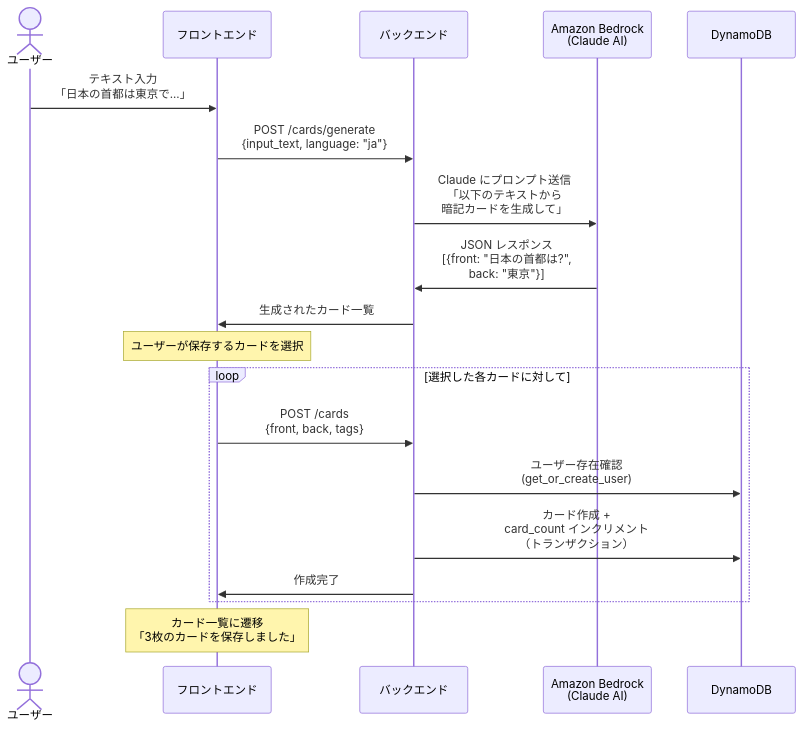
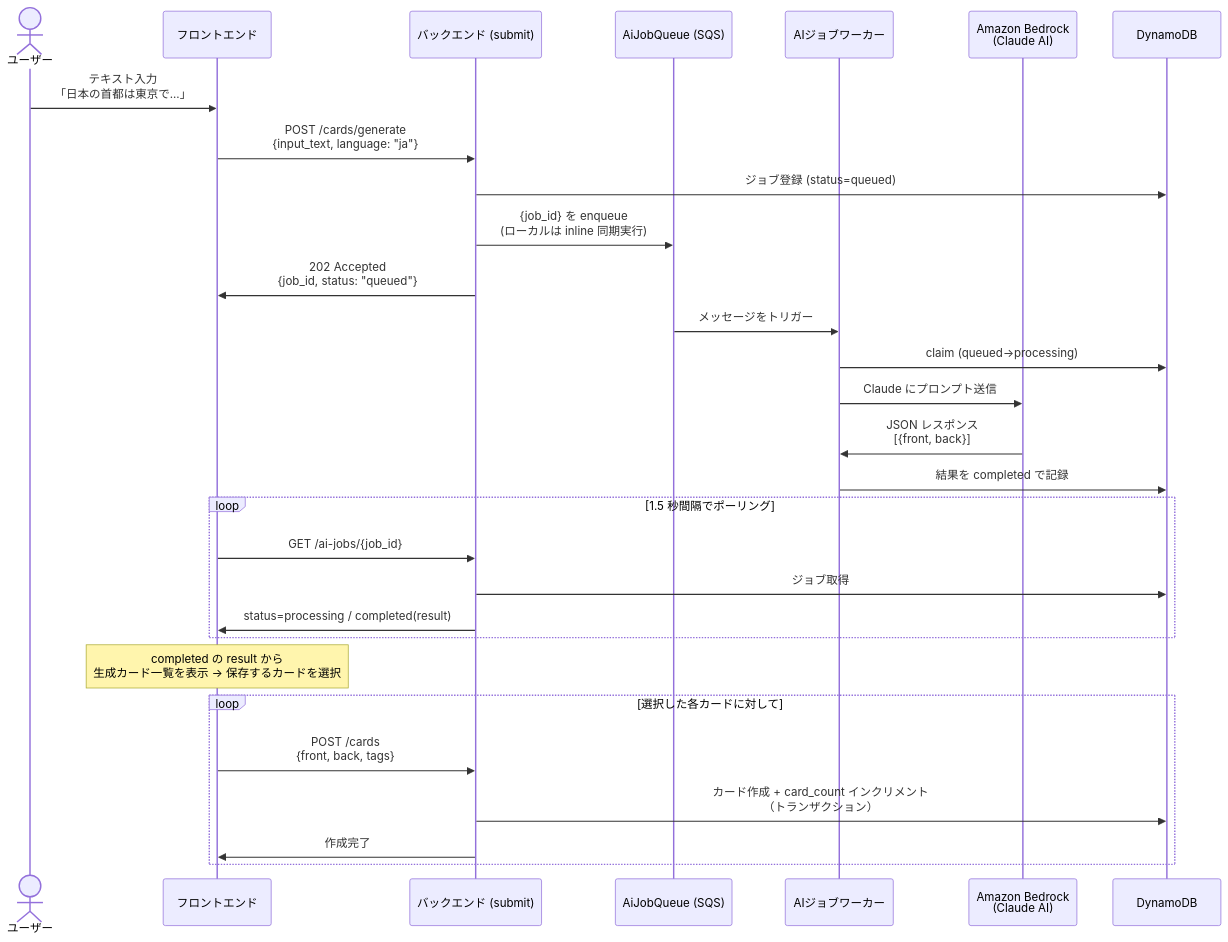
The fifth of 11 diagrams in docs/system-overview.md (mozuq-lab/memoru-liff), drawn with Mermaid before and after one commit. The commit also changed other lines of this file and 5 other files, not shown here.

````diff
--- a/docs/system-overview.md
+++ b/docs/system-overview.md
@@ -213,27 +219,36 @@
 ```mermaid
 sequenceDiagram
     actor User as ユーザー
     participant FE as フロントエンド
-    participant API as バックエンド
+    participant API as バックエンド (submit)
+    participant Queue as AiJobQueue (SQS)
+    participant Worker as AIジョブワーカー
     participant Bedrock as Amazon Bedrock<br/>(Claude AI)
     participant DB as DynamoDB
 
     User->>FE: テキスト入力<br/>「日本の首都は東京で...」
     FE->>API: POST /cards/generate<br/>{input_text, language: "ja"}
+    API->>DB: ジョブ登録 (status=queued)
+    API->>Queue: {job_id} を enqueue<br/>(ローカルは inline 同期実行)
+    API->>FE: 202 Accepted<br/>{job_id, status: "queued"}
 
-    API->>Bedrock: Claude にプロンプト送信<br/>「以下のテキストから<br/>暗記カードを生成して」
-    Bedrock->>API: JSON レスポンス<br/>[{front: "日本の首都は?",<br/>  back: "東京"}]
+    Queue->>Worker: メッセージをトリガー
+    Worker->>DB: claim (queued→processing)
+    Worker->>Bedrock: Claude にプロンプト送信
+    Bedrock->>Worker: JSON レスポンス<br/>[{front, back}]
+    Worker->>DB: 結果を completed で記録
 
-    API->>FE: 生成されたカード一覧
+    loop 1.5 秒間隔でポーリング
+        FE->>API: GET /ai-jobs/{job_id}
+        API->>DB: ジョブ取得
+        API->>FE: status=processing / completed(result)
+    end
 
-    Note over FE: ユーザーが保存するカードを選択
+    Note over FE: completed の result から<br/>生成カード一覧を表示 → 保存するカードを選択
 
     loop 選択した各カードに対して
         FE->>API: POST /cards<br/>{front, back, tags}
-        API->>DB: ユーザー存在確認<br/>(get_or_create_user)
-        API->>DB: カード作成 +<br/>card_count インクリメント<br/>（トランザクション）
+        API->>DB: カード作成 + card_count インクリメント<br/>（トランザクション）
         API->>FE: 作成完了
     end
-
-    Note over FE: カード一覧に遷移<br/>「3枚のカードを保存しました」
 ```
````
